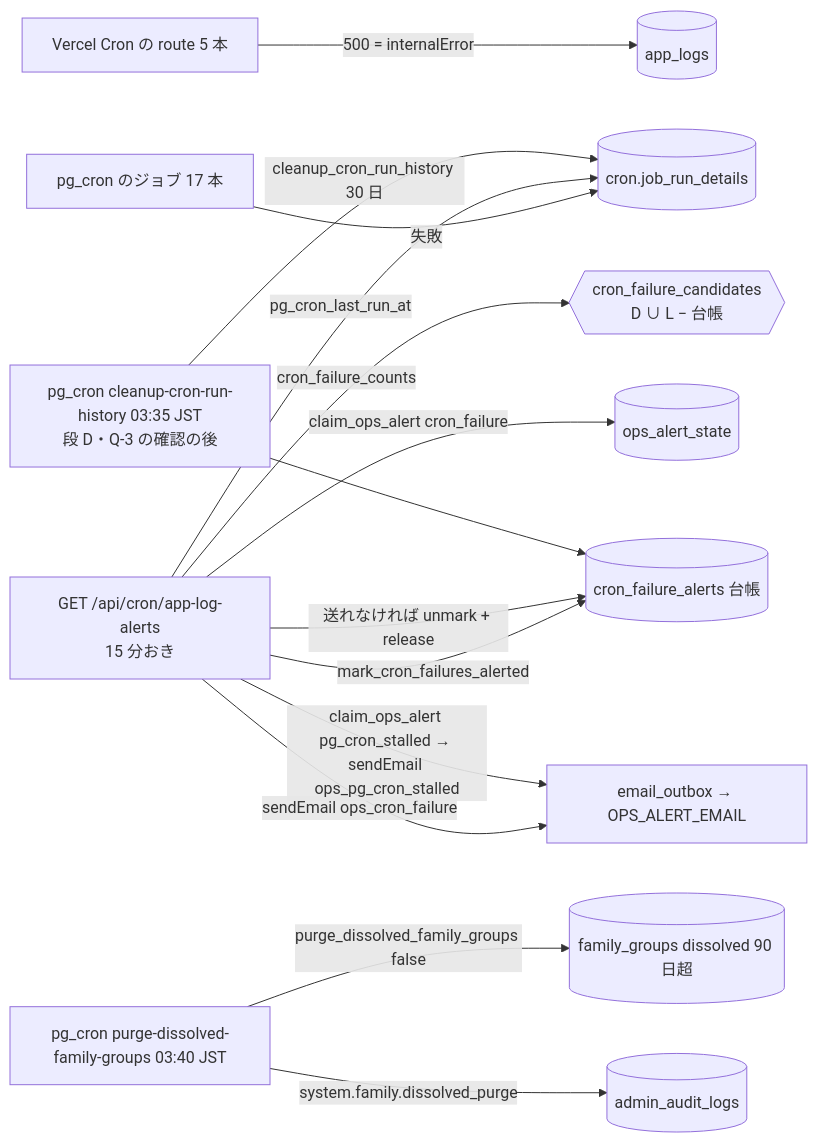
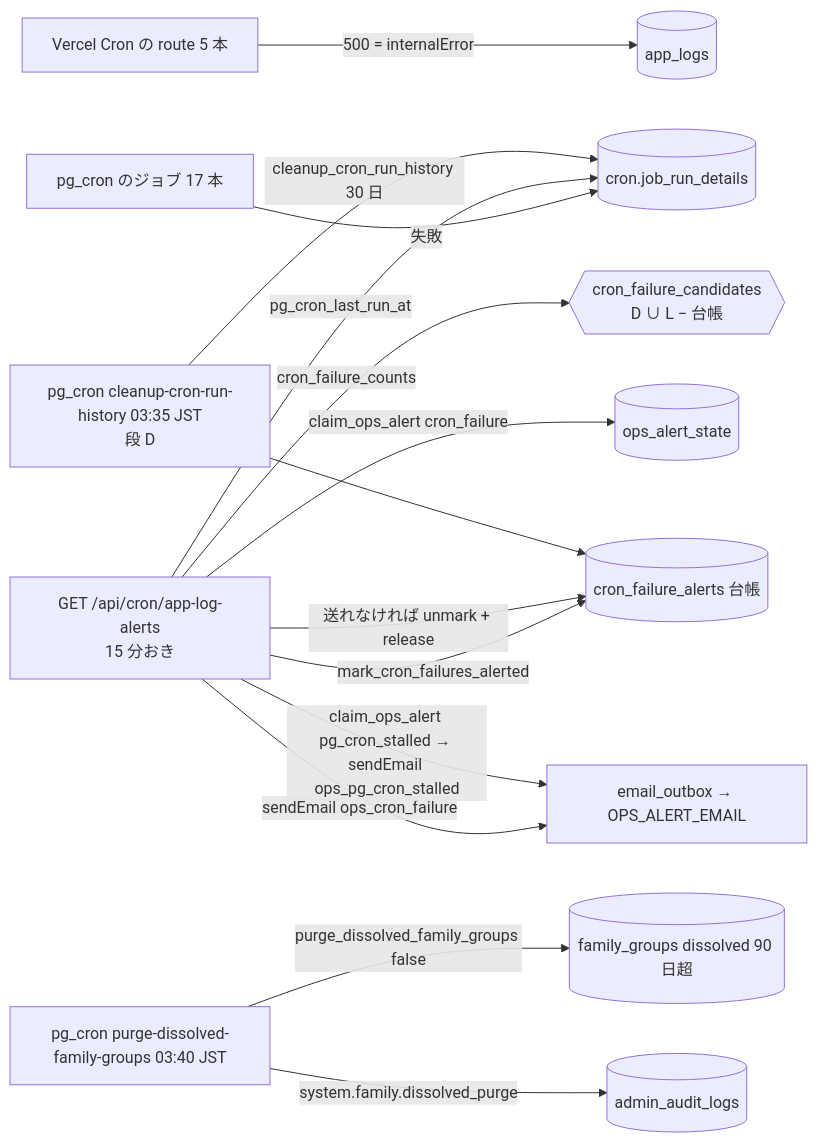
One commit to DaisukeHori/homegohan-app changed the diagram in docs/design/operator/11-ops-batches-non-billing.md. Above: the diagram before and after it, drawn with Mermaid. The commit also changed other lines of this file and 8 other files, not shown here.

````diff
--- a/docs/design/operator/11-ops-batches-non-billing.md
+++ b/docs/design/operator/11-ops-batches-non-billing.md
@@ -185,16 +185,16 @@
 ```mermaid
 flowchart LR
   J[pg_cron のジョブ 17 本] -->|失敗| D[(cron.job_run_details)]
   V[Vercel Cron の route 5 本] -->|500 = internalError| L[(app_logs)]
   A[GET /api/cron/app-log-alerts<br/>15 分おき] -->|cron_failure_counts| C{{cron_failure_candidates<br/>D ∪ L − 台帳}}
   A -->|claim_ops_alert cron_failure| O[(ops_alert_state)]
   A -->|mark_cron_failures_alerted| T[(cron_failure_alerts 台帳)]
   A -->|送れなければ unmark + release| T
   A -->|sendEmail ops_cron_failure| E[email_outbox → OPS_ALERT_EMAIL]
   A -->|pg_cron_last_run_at| D
   A -->|claim_ops_alert pg_cron_stalled → sendEmail ops_pg_cron_stalled| E
-  K[pg_cron cleanup-cron-run-history 03:35 JST<br/>段 D・Q-3 の確認の後] -->|cleanup_cron_run_history 30 日| D
+  K[pg_cron cleanup-cron-run-history 03:35 JST<br/>段 D] -->|cleanup_cron_run_history 30 日| D
   K --> T
   P[pg_cron purge-dissolved-family-groups 03:40 JST] -->|purge_dissolved_family_groups false| F[(family_groups dissolved 90 日超)]
   P -->|system.family.dissolved_purge| AU[(admin_audit_logs)]
 ```
````
